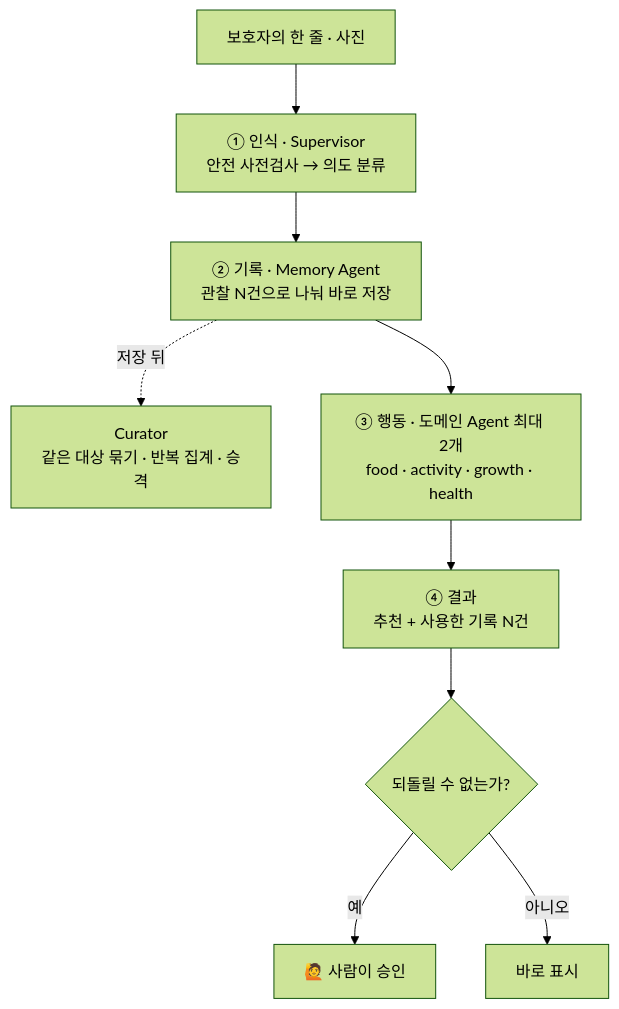
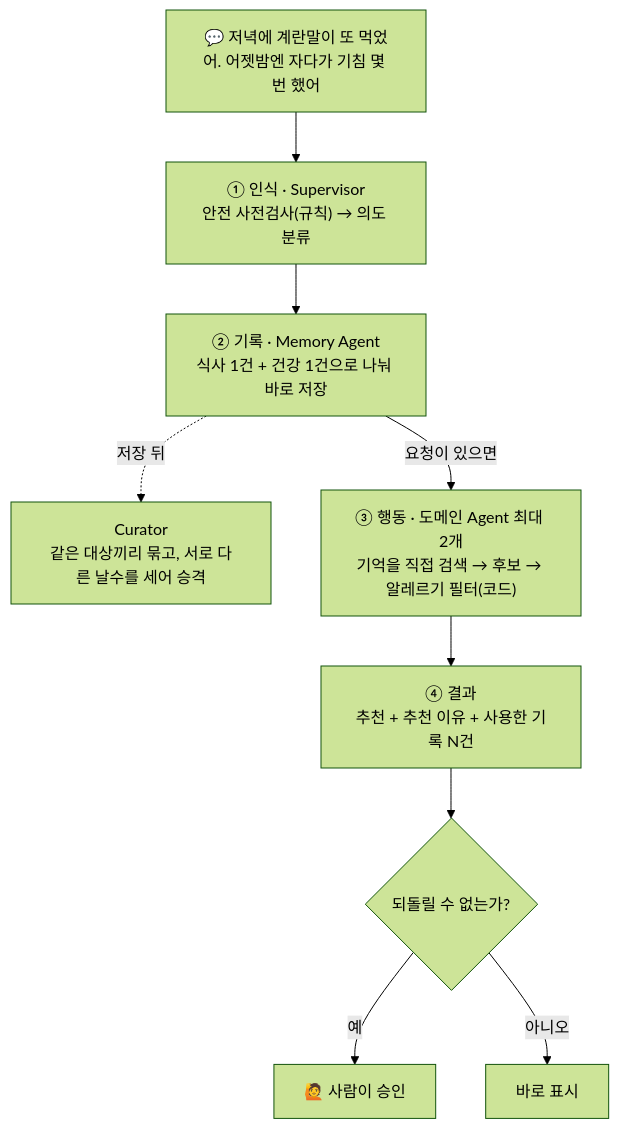
Before and after one commit to kakaotechcampus-4/ktc4-pusan-3: the third of 4 diagrams in README.md, drawn with Mermaid (forest theme). The commit also changed other lines of this file, not shown here.

````diff
--- a/README.md
+++ b/README.md
@@ -74,11 +165,12 @@
 ```mermaid
 flowchart TD
-    IN["보호자의 한 줄 · 사진"] --> SUP["① 인식 · Supervisor<br/>안전 사전검사 → 의도 분류"]
-    SUP --> MEM["② 기록 · Memory Agent<br/>관찰 N건으로 나눠 바로 저장"]
-    MEM -. "저장 뒤" .-> CUR["Curator<br/>같은 대상 묶기 · 반복 집계 · 승격"]
-    MEM --> DOM["③ 행동 · 도메인 Agent 최대 2개<br/>food · activity · growth · health"]
-    DOM --> OUT["④ 결과<br/>추천 + 사용한 기록 N건"]
+    IN["💬 저녁에 계란말이 또 먹었어. 어젯밤엔 자다가 기침 몇 번 했어"]
+    IN --> SUP["① 인식 · Supervisor<br/>안전 사전검사(규칙) → 의도 분류"]
+    SUP --> MEM["② 기록 · Memory Agent<br/>식사 1건 + 건강 1건으로 나눠 바로 저장"]
+    MEM -. "저장 뒤" .-> CUR["Curator<br/>같은 대상끼리 묶고, 서로 다른 날수를 세어 승격"]
+    MEM -- "요청이 있으면" --> DOM["③ 행동 · 도메인 Agent 최대 2개<br/>기억을 직접 검색 → 후보 → 알레르기 필터(코드)"]
+    DOM --> OUT["④ 결과<br/>추천 + 추천 이유 + 사용한 기록 N건"]
     OUT --> GATE{"되돌릴 수 없는가?"}
     GATE -- "예" --> HUMAN["🙋 사람이 승인"]
     GATE -- "아니오" --> SHOW["바로 표시"]
 ```
````
